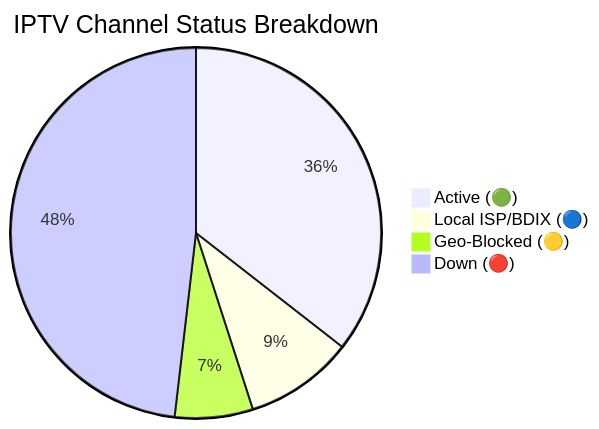
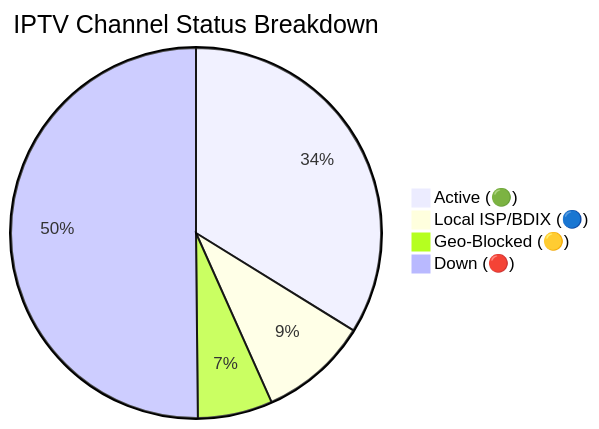
Before and after one commit to Zaman-Topu/Ip-tv-Collection: the diagram in README.md, drawn with Mermaid. The commit also changed other lines of this file and 1 other file, not shown here.

Commit message:
docs(readme): auto-update daily channel status chart

````diff
--- a/README.md
+++ b/README.md
@@ -59,7 +59,7 @@
 ```mermaid
 pie title IPTV Channel Status Breakdown
-    "Active (🟢)" : 2870
+    "Active (🟢)" : 2731
     "Local ISP/BDIX (🔵)" : 767
-    "Geo-Blocked (🟡)" : 550
-    "Down (🔴)" : 3889
+    "Geo-Blocked (🟡)" : 527
+    "Down (🔴)" : 4051
 ```
````
